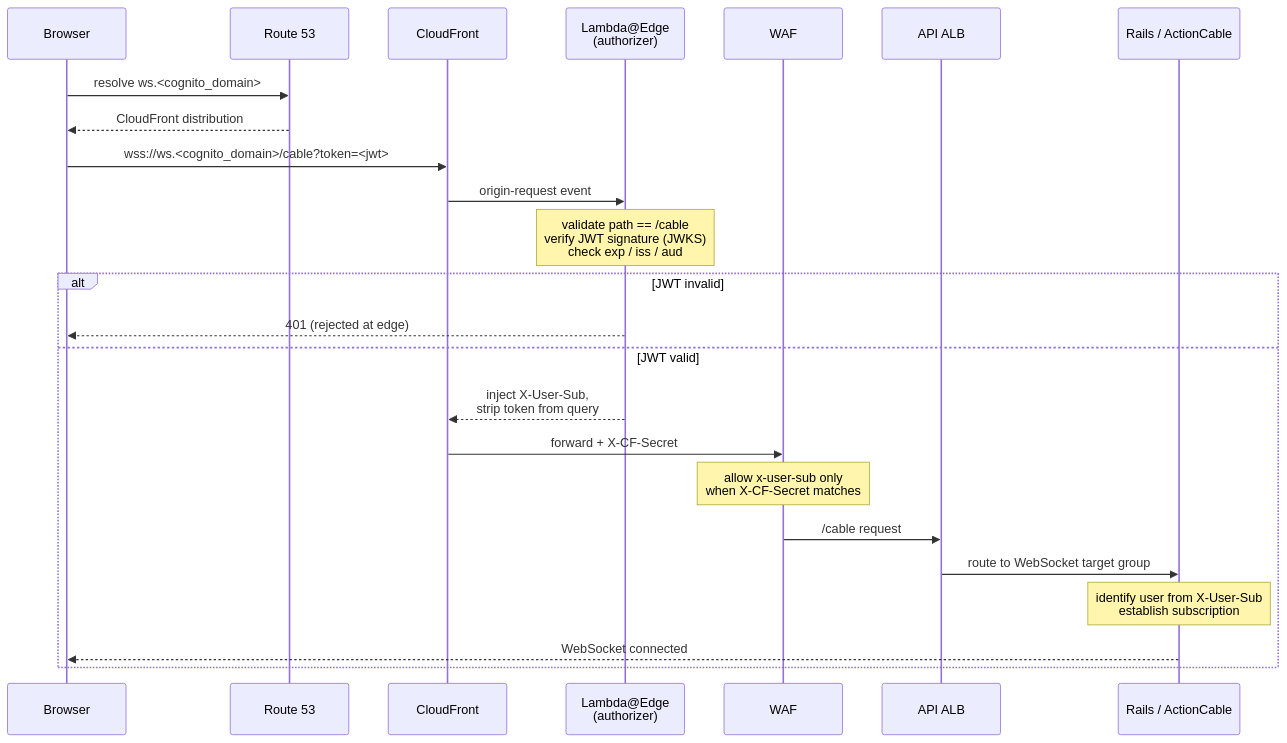
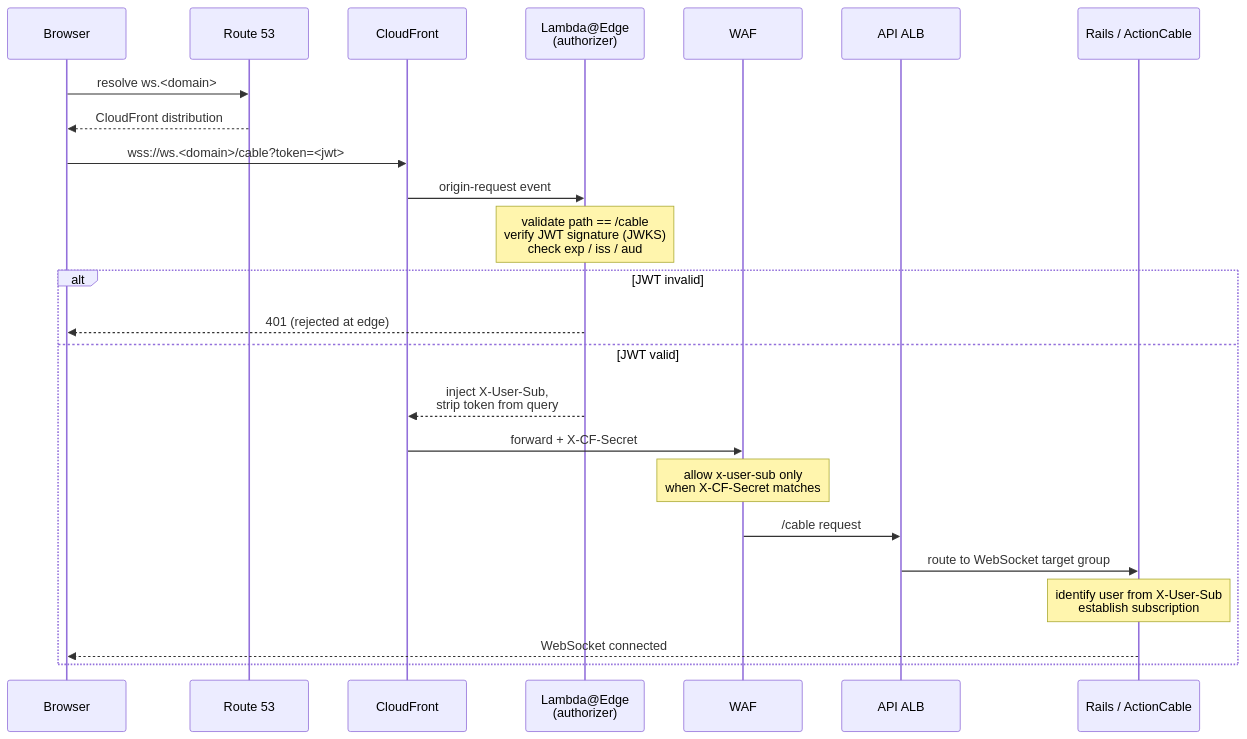
Before and after one commit to Clarus-Software/ClarusWMS_Docs: the diagram in architecture/websockets/overview.mdx, drawn with Mermaid. The commit also changed other lines of this file, not shown here.

First line of the commit message:
docs: generalise WebSocket domains and rename cognito_domain placeholder

````diff
--- a/architecture/websockets/overview.mdx
+++ b/architecture/websockets/overview.mdx
@@ -37,27 +37,27 @@
 ```mermaid
 sequenceDiagram
     participant C as Browser
     participant R53 as Route 53
     participant CF as CloudFront
     participant LE as Lambda@Edge<br/>(authorizer)
     participant WAF as WAF
     participant ALB as API ALB
     participant AC as Rails / ActionCable
 
-    C->>R53: resolve ws.<cognito_domain>
+    C->>R53: resolve ws.<domain>
     R53-->>C: CloudFront distribution
-    C->>CF: wss://ws.<cognito_domain>/cable?token=<jwt>
+    C->>CF: wss://ws.<domain>/cable?token=<jwt>
     CF->>LE: origin-request event
     Note over LE: validate path == /cable<br/>verify JWT signature (JWKS)<br/>check exp / iss / aud
     alt JWT invalid
         LE-->>C: 401 (rejected at edge)
     else JWT valid
         LE-->>CF: inject X-User-Sub,<br/>strip token from query
         CF->>WAF: forward + X-CF-Secret
         Note over WAF: allow x-user-sub only<br/>when X-CF-Secret matches
         WAF->>ALB: /cable request
         ALB->>AC: route to WebSocket target group
         Note over AC: identify user from X-User-Sub<br/>establish subscription
         AC-->>C: WebSocket connected
     end
 ```
````
